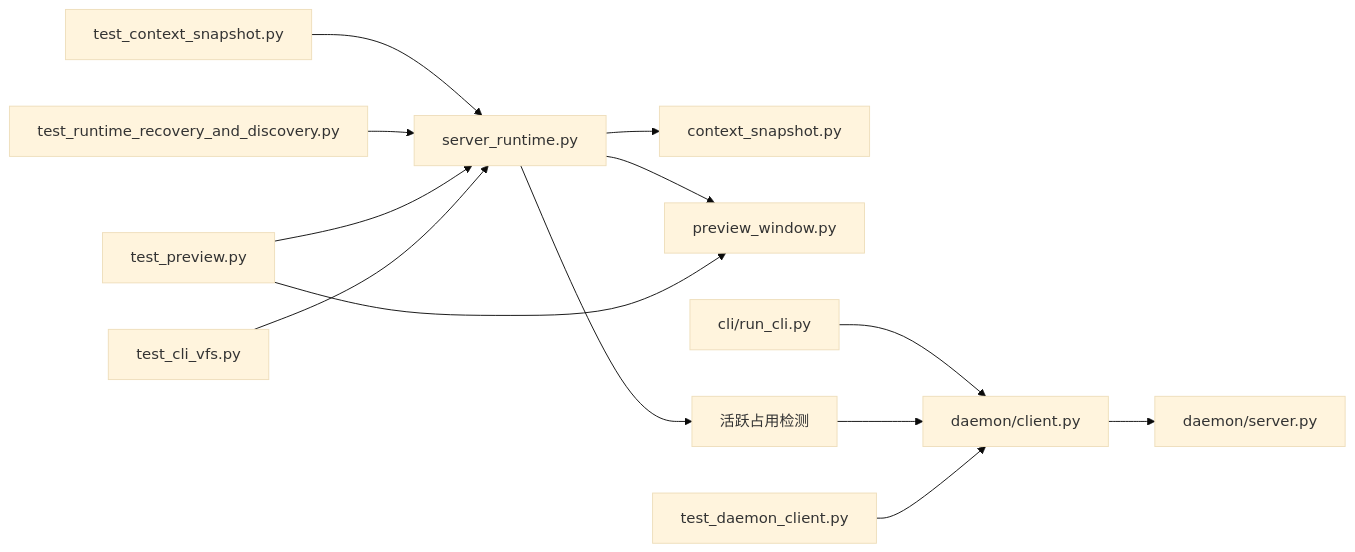
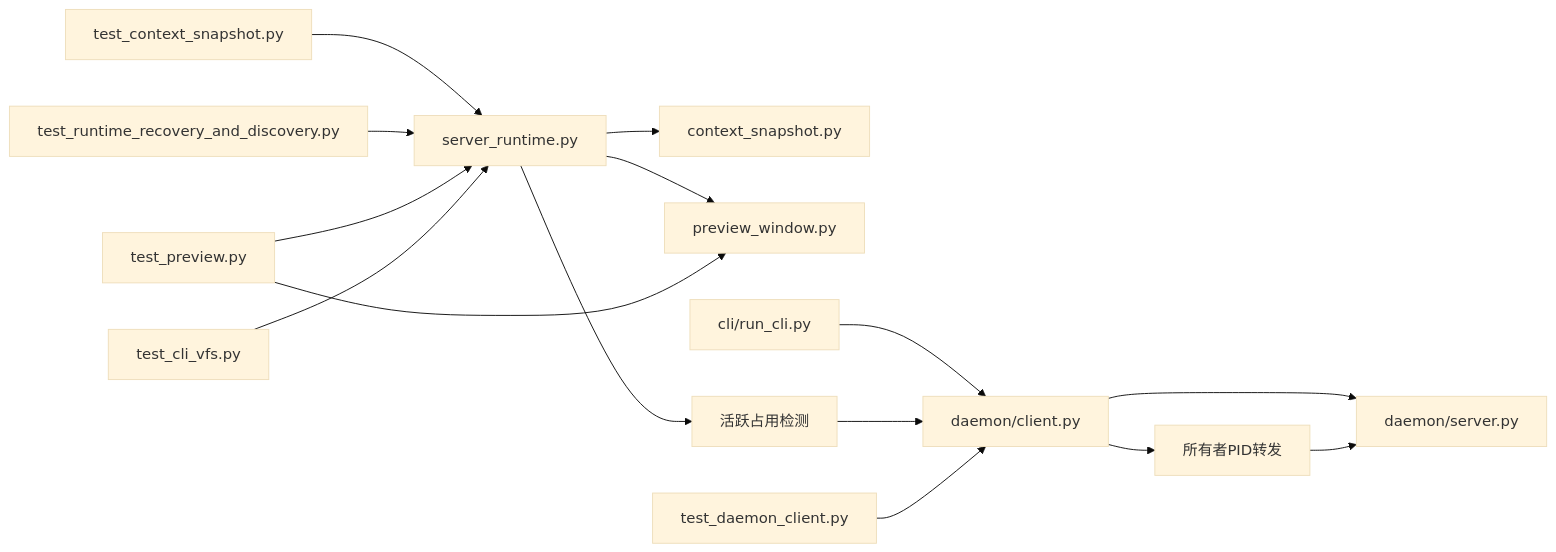
One commit to haolange/RDC-Tool changed diagram 11 of 11 in .qoder/repowiki/zh/content/核心概念/会话模型.md. Above: the diagram before and after it, drawn with Mermaid (base theme). The commit also changed other lines of this file and 4 other files, not shown here.

````diff
--- a/.qoder/repowiki/zh/content/核心概念/会话模型.md
+++ b/.qoder/repowiki/zh/content/核心概念/会话模型.md
@@ -425,15 +436,17 @@
 ```mermaid
 graph LR
 SR["server_runtime.py"] --> CS["context_snapshot.py"]
 SR --> PW["preview_window.py"]
 DC["daemon/client.py"] --> DS["daemon/server.py"]
 CLI["cli/run_cli.py"] --> DC
 SR --> OCC["活跃占用检测"]
 OCC --> DC
+DC --> OWNER["所有者PID转发"]
+OWNER --> DS
 TCS["test_context_snapshot.py"] --> SR
 TRR["test_runtime_recovery_and_discovery.py"] --> SR
 TP["test_preview.py"] --> SR
 TP --> PW
 TCV["test_cli_vfs.py"] --> SR
 TDC["test_daemon_client.py"] --> DC
 ```
````
